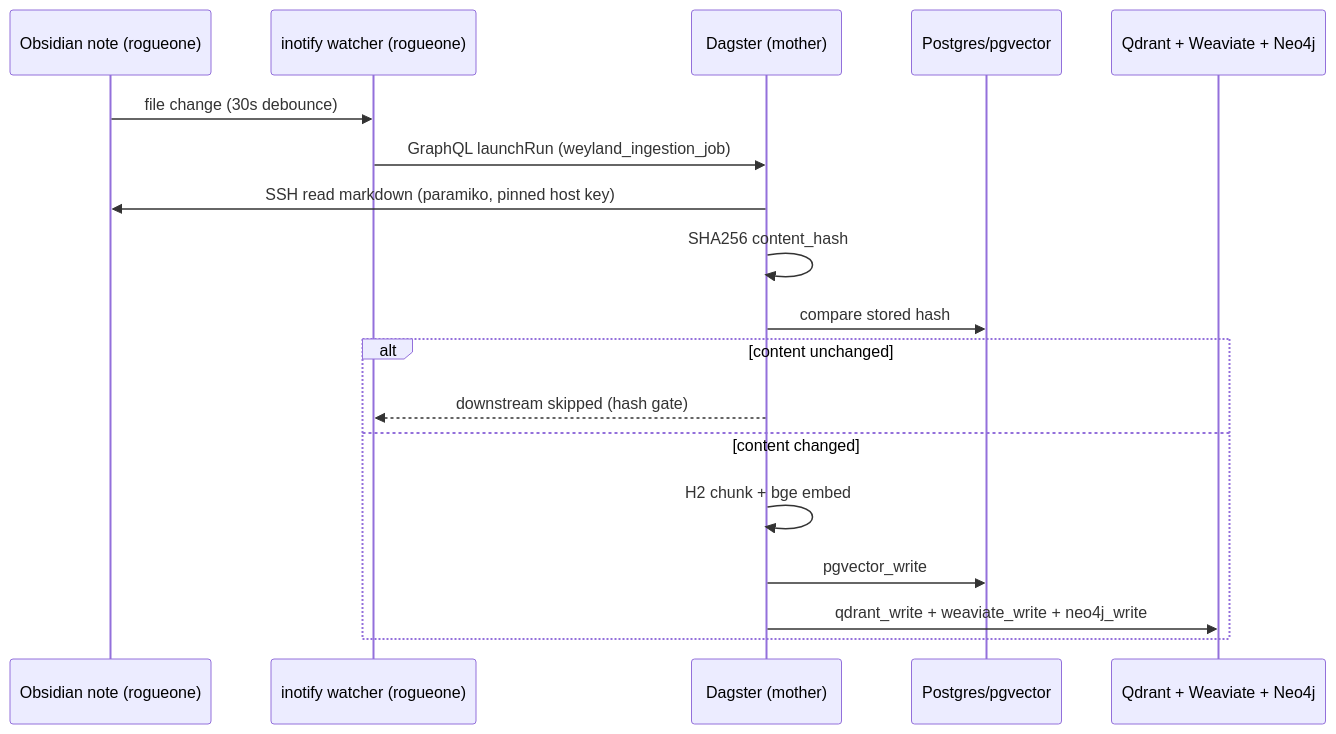
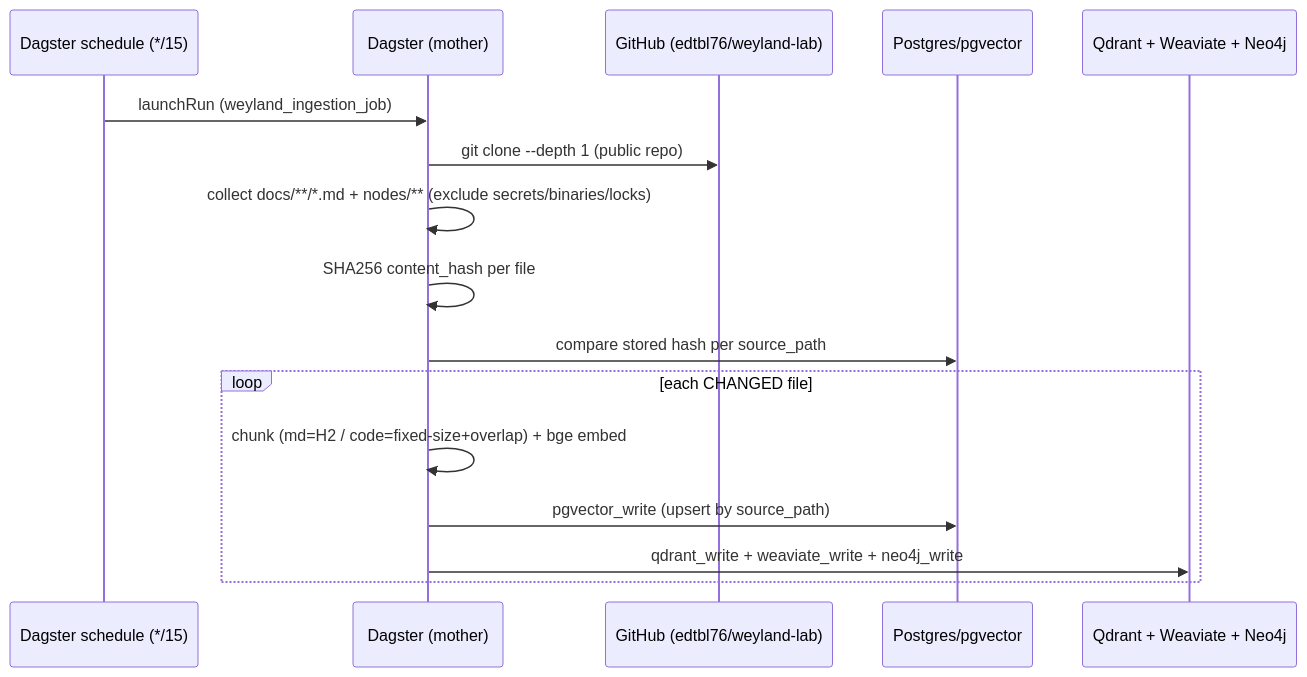
Before and after one commit to edtbl76/weyland-lab: the diagram in docs/diagrams/flow-ingestion.md, drawn with Mermaid. The commit also changed other lines of this file and 6 other files, not shown here.

````diff
--- a/docs/diagrams/flow-ingestion.md
+++ b/docs/diagrams/flow-ingestion.md
@@ -5,20 +8,18 @@
 ```mermaid
 sequenceDiagram
-    participant Vault as Obsidian note (rogueone)
-    participant Watch as inotify watcher (rogueone)
+    participant Cron as Dagster schedule (*/15)
     participant Dag as Dagster (mother)
+    participant GH as GitHub (edtbl76/weyland-lab)
     participant PG as Postgres/pgvector
     participant Vec as Qdrant + Weaviate + Neo4j
-    Vault->>Watch: file change (30s debounce)
-    Watch->>Dag: GraphQL launchRun (weyland_ingestion_job)
-    Dag->>Vault: SSH read markdown (paramiko, pinned host key)
-    Dag->>Dag: SHA256 content_hash
-    Dag->>PG: compare stored hash
-    alt content unchanged
-        Dag-->>Watch: downstream skipped (hash gate)
-    else content changed
-        Dag->>Dag: H2 chunk + bge embed
-        Dag->>PG: pgvector_write
+    Cron->>Dag: launchRun (weyland_ingestion_job)
+    Dag->>GH: git clone --depth 1 (public repo)
+    Dag->>Dag: collect docs/**/*.md + nodes/** (exclude secrets/binaries/locks)
+    Dag->>Dag: SHA256 content_hash per file
+    Dag->>PG: compare stored hash per source_path
+    loop each CHANGED file
+        Dag->>Dag: chunk (md=H2 / code=fixed-size+overlap) + bge embed
+        Dag->>PG: pgvector_write (upsert by source_path)
         Dag->>Vec: qdrant_write + weaviate_write + neo4j_write
     end
 ```
````
